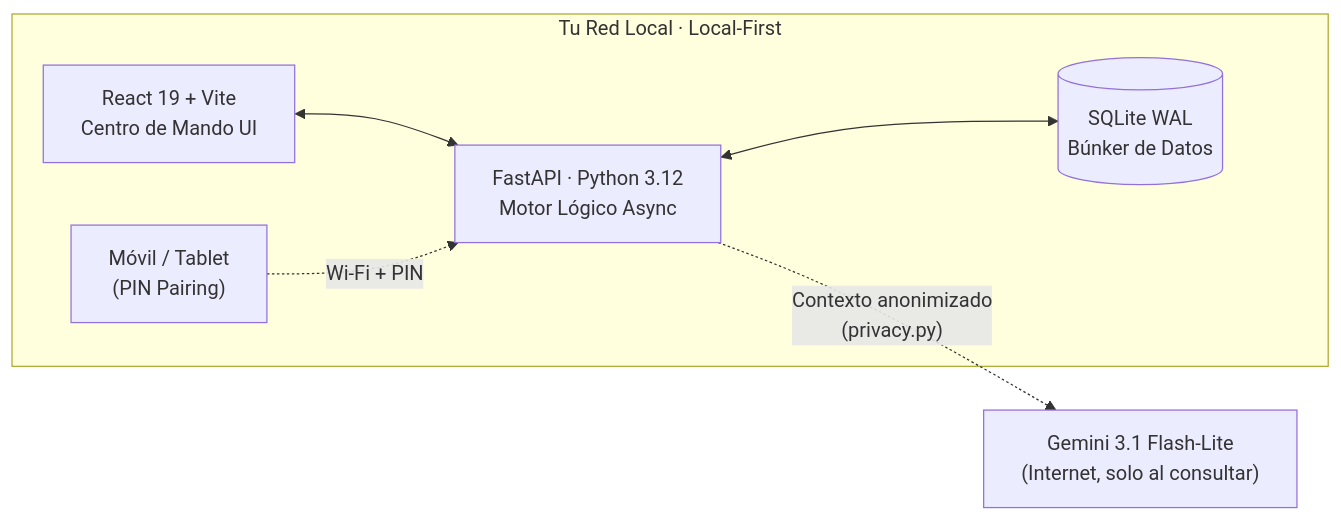
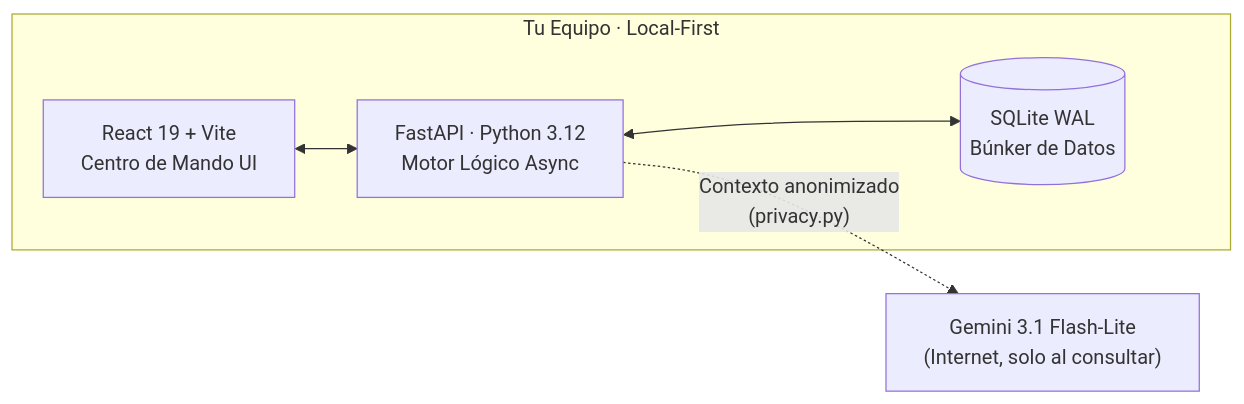
One commit to Alanjavier22/Tabula-Rasa changed the diagram in README.md. Above: the diagram before and after it, drawn with Mermaid. The commit also changed other lines of this file, not shown here.

````diff
--- a/README.md
+++ b/README.md
@@ -49,13 +49,11 @@
 ```mermaid
 flowchart LR
-    subgraph LAN["Tu Red Local · Local-First"]
+    subgraph LOCAL["Tu Equipo · Local-First"]
         FE["React 19 + Vite\nCentro de Mando UI"]
         BE["FastAPI · Python 3.12\nMotor Lógico Async"]
         DB[("SQLite WAL\nBúnker de Datos")]
-        MOB["Móvil / Tablet\n(PIN Pairing)"]
         FE <--> BE
         BE <--> DB
-        MOB -.Wi-Fi + PIN.-> BE
     end
     BE -."Contexto anonimizado\n(privacy.py)".-> AI["Gemini 3.1 Flash-Lite\n(Internet, solo al consultar)"]
 ```
````
